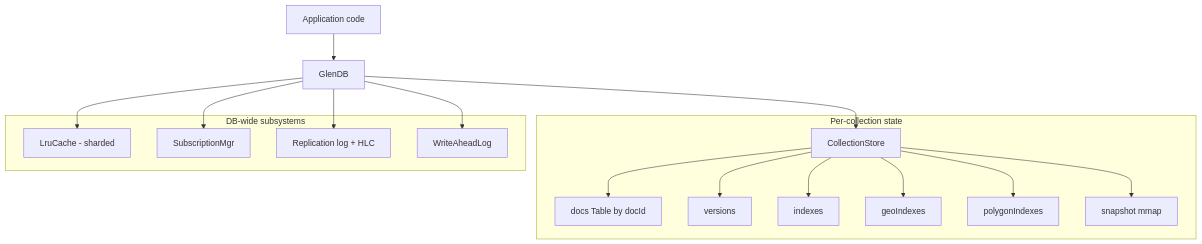
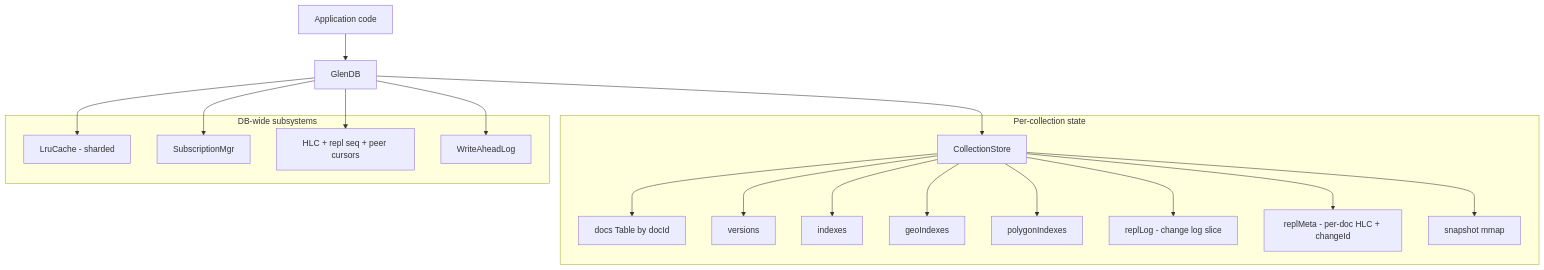
Before and after one commit to oshaulz/glen: the first of 4 diagrams in docs/architecture.md, drawn with Mermaid. The commit also changed other lines of this file and 9 other files, not shown here.

````diff
--- a/docs/architecture.md
+++ b/docs/architecture.md
@@ -8,28 +8,30 @@
 ```mermaid
 graph TB
   App[Application code]
   App --> DB[GlenDB]
 
   subgraph "Per-collection state"
     CS[CollectionStore]
     CS --> Docs[docs Table by docId]
     CS --> Vers[versions]
     CS --> Eq[indexes]
     CS --> Geo[geoIndexes]
     CS --> Poly[polygonIndexes]
+    CS --> RLog[replLog - change log slice]
+    CS --> RMeta[replMeta - per-doc HLC + changeId]
     CS --> Snap[snapshot mmap]
   end
 
   subgraph "DB-wide subsystems"
     Cache[LruCache - sharded]
     Subs[SubscriptionMgr]
-    Repl[Replication log + HLC]
+    Repl[HLC + repl seq + peer cursors]
     WAL[WriteAheadLog]
   end
 
   DB --> CS
   DB --> Cache
   DB --> Subs
   DB --> Repl
   DB --> WAL
 ```
````
